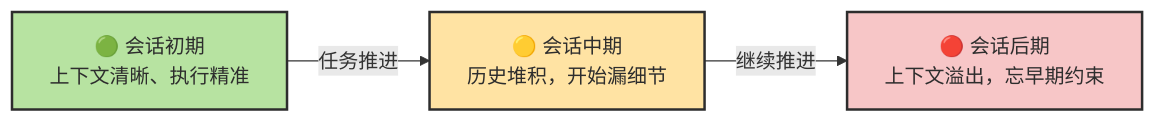
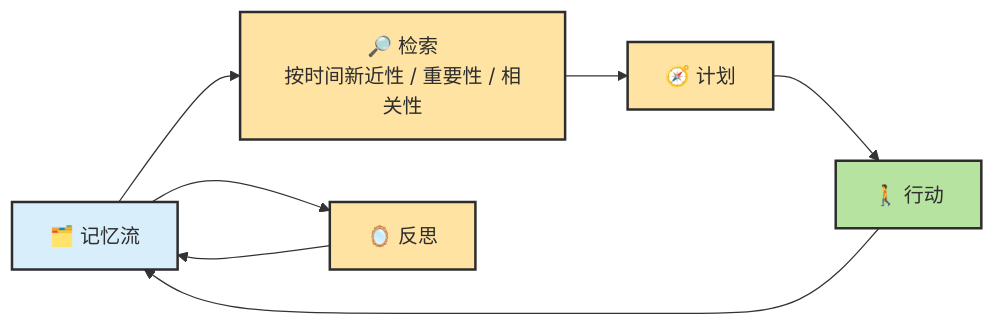
Before and after one commit to zht043/AgenticCodingTutorial: diagram 43 of 43 in docs/chapters/ch02-concepts.md, drawn with Mermaid. The commit also changed other lines of this file and 1 other file, not shown here.

Commit message:
refine chapter 2 diagrams and agent guidance

````diff
--- a/docs/chapters/ch02-concepts.md
+++ b/docs/chapters/ch02-concepts.md
@@ -1032,13 +1628,10 @@
 ```mermaid
 flowchart LR
-    classDef good fill:#b7e3a1,stroke:#2d2d2d,stroke-width:2px,color:#2d2d2d
-    classDef mid fill:#ffe3a3,stroke:#2d2d2d,stroke-width:2px,color:#2d2d2d
-    classDef bad fill:#f7c6c7,stroke:#2d2d2d,stroke-width:2px,color:#2d2d2d
+    classDef mem fill:#d8eefb,stroke:#2d2d2d,stroke-width:2px,color:#2d2d2d
+    classDef proc fill:#ffe3a3,stroke:#2d2d2d,stroke-width:2px,color:#2d2d2d
+    classDef act fill:#b7e3a1,stroke:#2d2d2d,stroke-width:2px,color:#2d2d2d
 
-    T1["🟢 会话初期<br/>上下文清晰、执行精准"]:::good
-    T2["🟡 会话中期<br/>历史堆积，开始漏细节"]:::mid
-    T3["🔴 会话后期<br/>上下文溢出，忘早期约束"]:::bad
-
-    T1 -->|"任务推进"| T2
-    T2 -->|"继续推进"| T3
+    M["🗂️ 记忆流"]:::mem --> R["🔎 检索<br/>按时间新近性 / 重要性 / 相关性"]:::proc --> P["🧭 计划"]:::proc --> A["🚶 行动"]:::act
+    A --> M
+    M --> X["🪞 反思"]:::proc --> M
 ```
````
